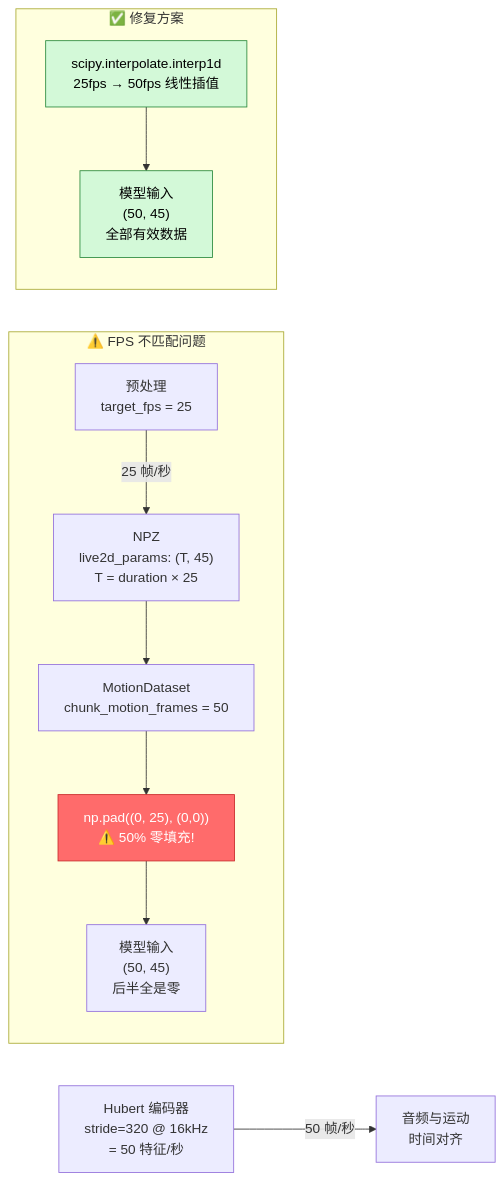
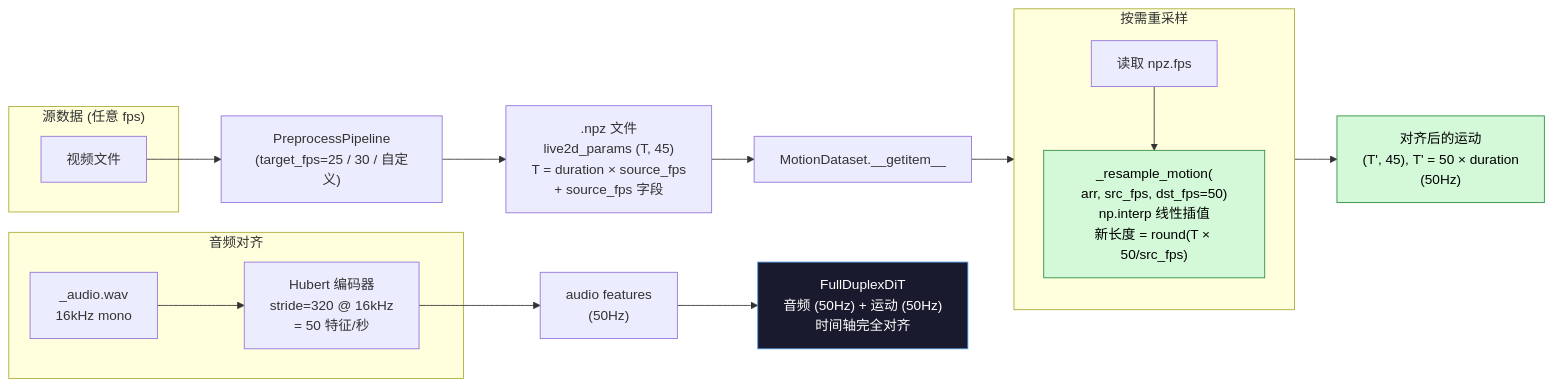
One commit to AsdfAlex-learning/Amadeus changed the ninth of 11 diagrams in docs/ARCHITECTURE_DIAGRAMS.md. Above: the diagram before and after it, drawn with Mermaid. The commit also changed other lines of this file, not shown here.

````diff
--- a/docs/ARCHITECTURE_DIAGRAMS.md
+++ b/docs/ARCHITECTURE_DIAGRAMS.md
@@ -443,22 +470,35 @@
 ```mermaid
 flowchart LR
-    subgraph Problem["⚠️ FPS 不匹配问题"]
-        direction TB
-        VIDEO_25FPS["预处理<br/>target_fps = 25"] -->|"25 帧/秒"| NPZ_25["NPZ<br/>live2d_params: (T, 45)<br/>T = duration × 25"]
-        NPZ_25 --> DS["MotionDataset<br/>chunk_motion_frames = 50"]
-        DS --> PAD["np.pad((0, 25), (0,0))<br/>⚠️ 50% 零填充!"]
-        PAD --> MODEL["模型输入<br/>(50, 45)<br/>后半全是零"]
+    subgraph Source["源数据 (任意 fps)"]
+        V["视频文件"]
     end
 
-    subgraph Solution["✅ 修复方案"]
+    V --> PP["PreprocessPipeline<br/>(target_fps=25 / 30 / 自定义)"]
+    PP --> NPZ[".npz 文件<br/>live2d_params (T, 45)<br/>T = duration × source_fps<br/>+ source_fps 字段"]
+
+    NPZ --> DS["MotionDataset.__getitem__"]
+
+    subgraph Resample["按需重采样"]
         direction TB
-        INTERP_FX["scipy.interpolate.interp1d<br/>25fps → 50fps 线性插值"]
-        INTERP_FX --> MODEL_FX["模型输入<br/>(50, 45)<br/>全部有效数据"]
+        READ_FPS["读取 npz.fps"]
+        RESAMPLE_MOTION["_resample_motion(<br/>arr, src_fps, dst_fps=50)<br/>np.interp 线性插值<br/>新长度 = round(T × 50/src_fps)"]
+        READ_FPS --> RESAMPLE_MOTION
     end
 
-    AUDIO_50["Hubert 编码器<br/>stride=320 @ 16kHz<br/>= 50 特征/秒"] -->|"50 帧/秒"| ALIGNED["音频与运动<br/>时间对齐"]
+    DS --> READ_FPS
+    RESAMPLE_MOTION --> ALIGNED["对齐后的运动<br/>(T', 45), T' = 50 × duration<br/>(50Hz)"]
 
-    style PAD fill:#ff6b6b,stroke:#c92a2a,color:#fff
-    style INTERP_FX fill:#d3f9d8,stroke:#2b8a3e,color:#000
-    style MODEL_FX fill:#d3f9d8,stroke:#2b8a3e,color:#000
+    subgraph Audio["音频对齐"]
+        WAVE["_audio.wav<br/>16kHz mono"]
+        HUB["Hubert 编码器<br/>stride=320 @ 16kHz<br/>= 50 特征/秒"]
+        WAVE --> HUB
+    end
+
+    HUB --> AUDIO_FEAT["audio features<br/>(50Hz)"]
+
+    AUDIO_FEAT --> MODEL["FullDuplexDiT<br/>音频 (50Hz) + 运动 (50Hz)<br/>时间轴完全对齐"]
+
+    style RESAMPLE_MOTION fill:#d3f9d8,stroke:#2b8a3e,color:#000
+    style ALIGNED fill:#d3f9d8,stroke:#2b8a3e,color:#000
+    style MODEL fill:#1a1a2e,stroke:#4a90d9,color:#fff
 ```
````
